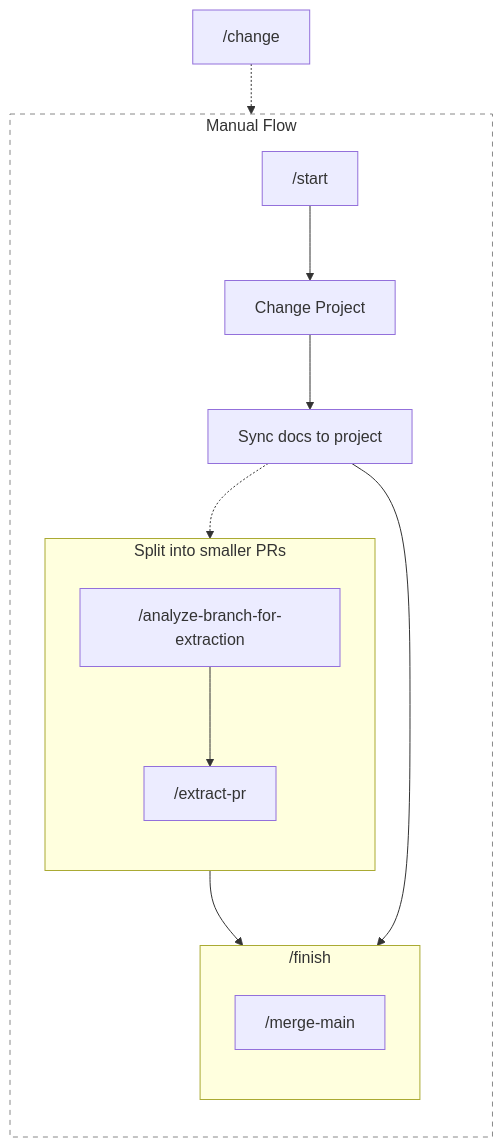
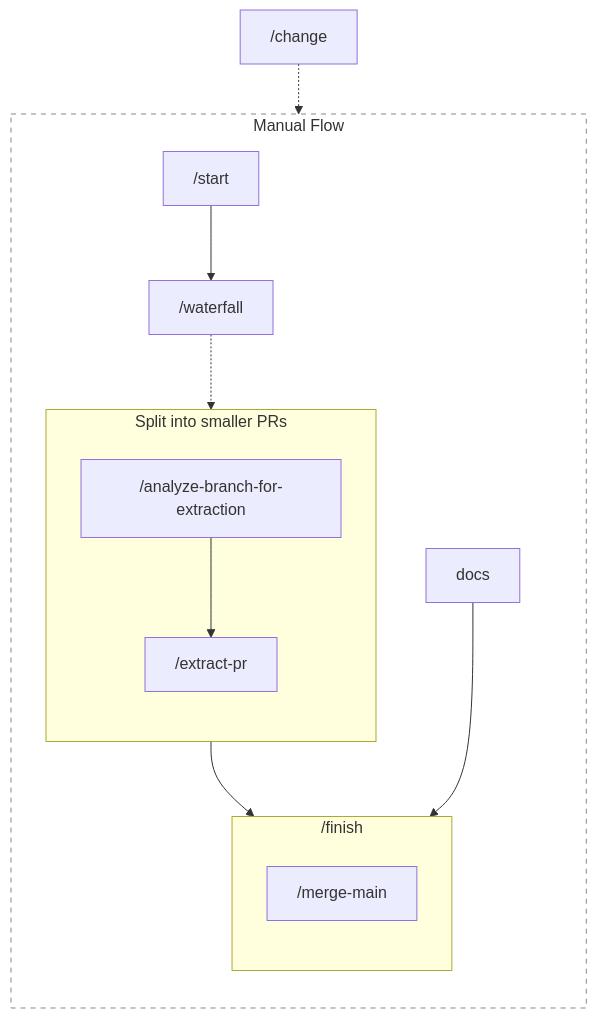
One commit to meksys-dev/mekara changed the first of 5 diagrams in docs/docs/standards/workflow.md. Above: the diagram before and after it, drawn with Mermaid. The commit also changed other lines of this file and 4 other files, not shown here.

````diff
--- a/docs/docs/standards/workflow.md
+++ b/docs/docs/standards/workflow.md
@@ -39,22 +39,22 @@
 ```mermaid
 flowchart TB
     change_cmd["/change"] -.-> start["/start"]
 
     subgraph manual_flow["Manual Flow"]
       direction TB
-      start --> change_project["Change Project"]  --> docs["Sync docs to project"] -.-> extract_flow[Extract PRs] --> finish_flow
+      start --> waterfall["/waterfall"] -.-> extract_flow[Extract PRs] --> finish_flow
       docs --> finish_flow
     end
 
     subgraph extract_flow["Split into smaller PRs"]
       direction TB
       analyze["/analyze-branch-for-extraction"] --> extract["/extract-pr"]
     end
 
     subgraph finish_flow["/finish"]
       direction TB
       merge["/merge-main"]
     end
 
     style manual_flow fill:transparent,stroke:#888,stroke-dasharray:5 5
 ```
````
